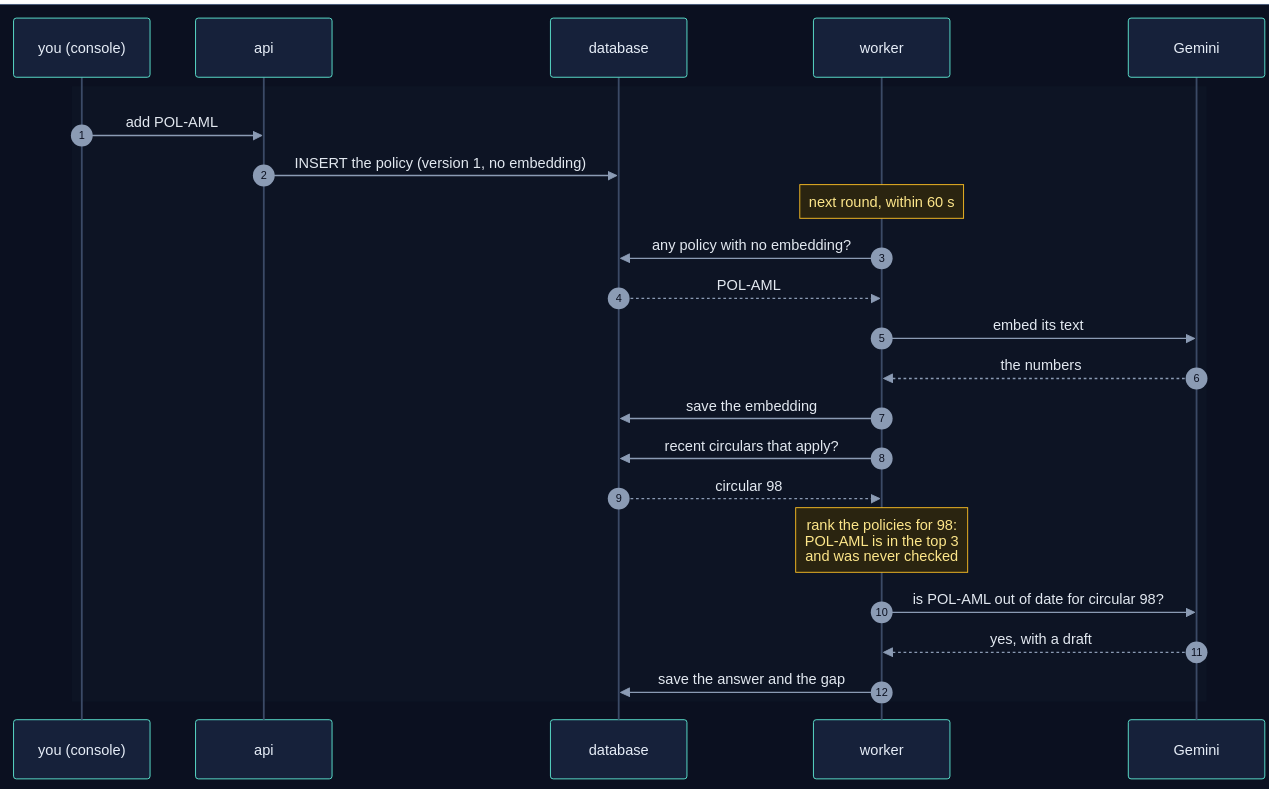
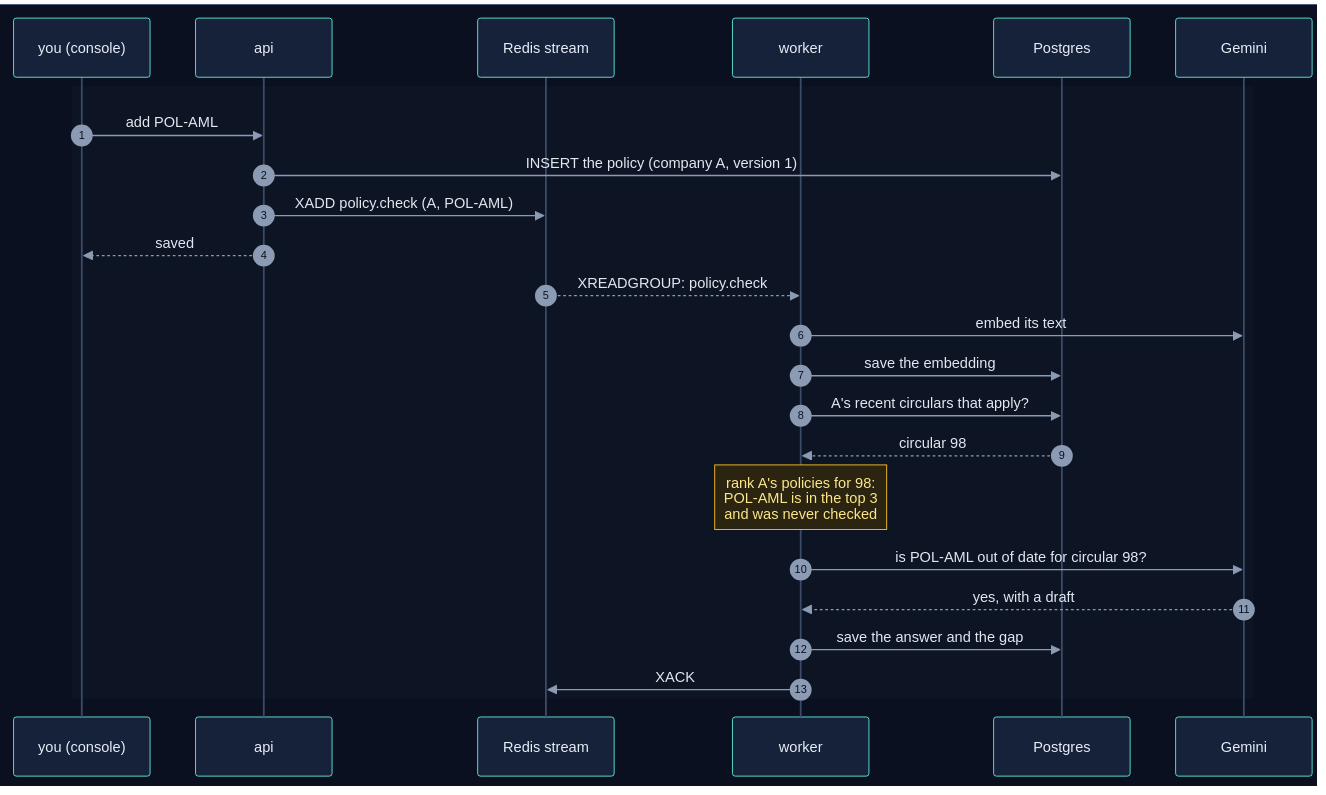
One commit to selvakumarperumal/Regulatory_Circular_Impact_Agent changed the fifth of 14 diagrams in how_the_worker_works.md. Above: the diagram before and after it, drawn with Mermaid. The commit also changed other lines of this file and 8 other files, not shown here.

````diff
--- a/how_the_worker_works.md
+++ b/how_the_worker_works.md
@@ -282,29 +342,30 @@
 ```mermaid
 %%{init: {"theme": "base", "sequence": {"diagramMarginX": 0, "diagramMarginY": 0}, "themeVariables": {"darkMode": true, "primaryColor": "#16213a", "primaryTextColor": "#e6edf7", "primaryBorderColor": "#475a7a", "lineColor": "#8b9bb4", "secondaryColor": "#1b2436", "tertiaryColor": "#101a2e", "edgeLabelBackground": "#0f172a", "textColor": "#e2e8f0", "actorBkg": "#16213a", "actorBorder": "#5eead4", "actorTextColor": "#e6edf7", "actorLineColor": "#3b4a66", "signalColor": "#8b9bb4", "signalTextColor": "#e2e8f0", "noteBkgColor": "#2a2410", "noteBorderColor": "#fbbf24", "noteTextColor": "#fde68a", "labelBoxBkgColor": "#1e293b", "labelBoxBorderColor": "#64748b", "labelTextColor": "#e2e8f0", "loopTextColor": "#c4b5fd", "sequenceNumberColor": "#0b1020", "activationBkgColor": "#1e293b"}}}%%
 sequenceDiagram
     autonumber
     box rgb(11, 16, 32)
         participant U as you (console)
         participant A as api
-        participant DB as database
+        participant Q as Redis stream
         participant K as worker
+        participant DB as Postgres
         participant G as Gemini
     end
 
     rect rgb(13, 20, 36)
         U->>A: add POL-AML
-        A->>DB: INSERT the policy (version 1, no embedding)
-        Note over K: next round, within 60 s
-        K->>DB: any policy with no embedding?
-        DB-->>K: POL-AML
+        A->>DB: INSERT the policy (company A, version 1)
+        A->>Q: XADD policy.check (A, POL-AML)
+        A-->>U: saved
+        Q-->>K: XREADGROUP: policy.check
         K->>G: embed its text
-        G-->>K: the numbers
         K->>DB: save the embedding
-        K->>DB: recent circulars that apply?
+        K->>DB: A's recent circulars that apply?
         DB-->>K: circular 98
-        Note over K: rank the policies for 98:<br/>POL-AML is in the top 3<br/>and was never checked
+        Note over K: rank A's policies for 98:<br/>POL-AML is in the top 3<br/>and was never checked
         K->>G: is POL-AML out of date for circular 98?
         G-->>K: yes, with a draft
         K->>DB: save the answer and the gap
+        K->>Q: XACK
     end
 ```
````
